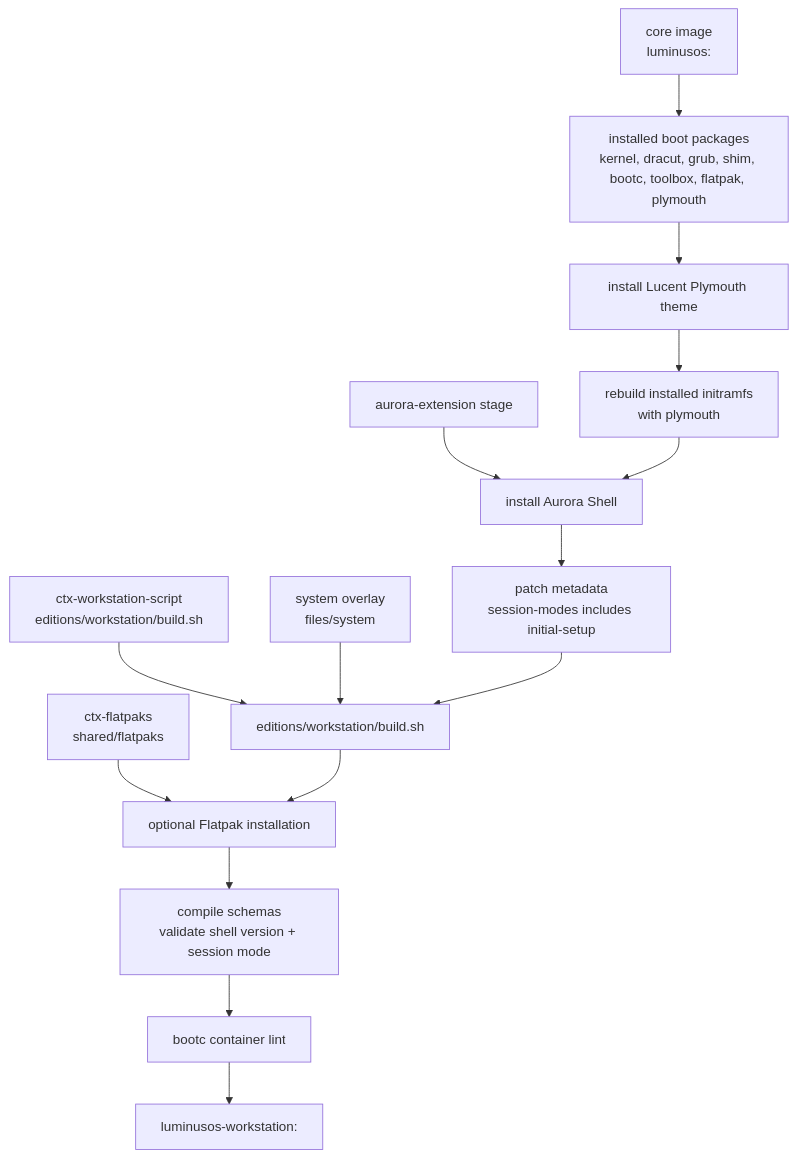
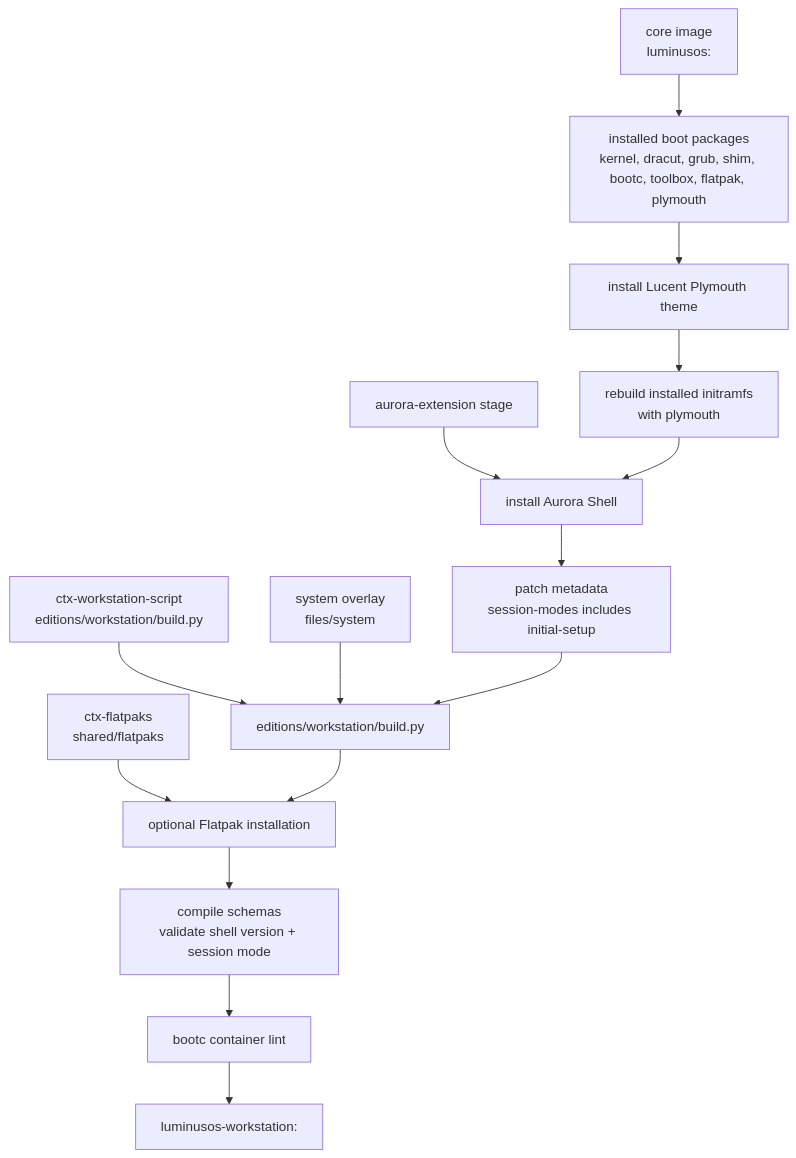
One commit to luminusOS/images changed the fourth of 14 diagrams in ARCHITECTURE.md. Above: the diagram before and after it, drawn with Mermaid. The commit also changed other lines of this file and 102 other files, not shown here.

````diff
--- a/ARCHITECTURE.md
+++ b/ARCHITECTURE.md
@@ -228,25 +228,25 @@
 ```mermaid
 flowchart TD
-    ScriptCtx["ctx-workstation-script<br/>editions/workstation/build.sh"]
+    ScriptCtx["ctx-workstation-script<br/>editions/workstation/build.py"]
     FlatpakCtx["ctx-flatpaks<br/>shared/flatpaks"]
     FilesCtx["system overlay<br/>files/system"]
     AuroraStage["aurora-extension stage"]
     CoreImage["core image<br/>luminusos:<tag>"]
     BootPkgs["installed boot packages<br/>kernel, dracut, grub, shim, bootc, toolbox, flatpak, plymouth"]
     Plymouth["install Lucent Plymouth theme"]
     Dracut["rebuild installed initramfs<br/>with plymouth"]
     CopyAurora["install Aurora Shell"]
     PatchAurora["patch metadata<br/>session-modes includes initial-setup"]
-    GnomeBuild["editions/workstation/build.sh"]
+    GnomeBuild["editions/workstation/build.py"]
     Flatpaks["optional Flatpak installation"]
     ValidateAurora["compile schemas<br/>validate shell version + session mode"]
     Lint["bootc container lint"]
     Output["luminusos-workstation:<tag>"]
 
     ScriptCtx --> GnomeBuild
     FilesCtx --> GnomeBuild
     FlatpakCtx --> Flatpaks
     AuroraStage --> CopyAurora
     CoreImage --> BootPkgs --> Plymouth --> Dracut --> CopyAurora --> PatchAurora --> GnomeBuild
     GnomeBuild --> Flatpaks --> ValidateAurora --> Lint --> Output
 ```
````
